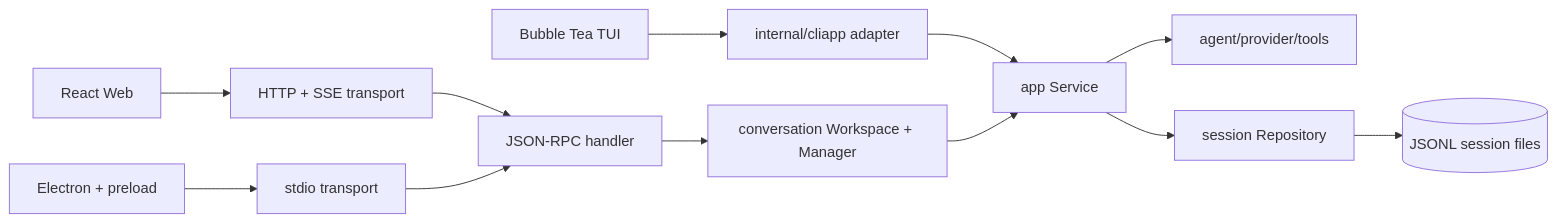
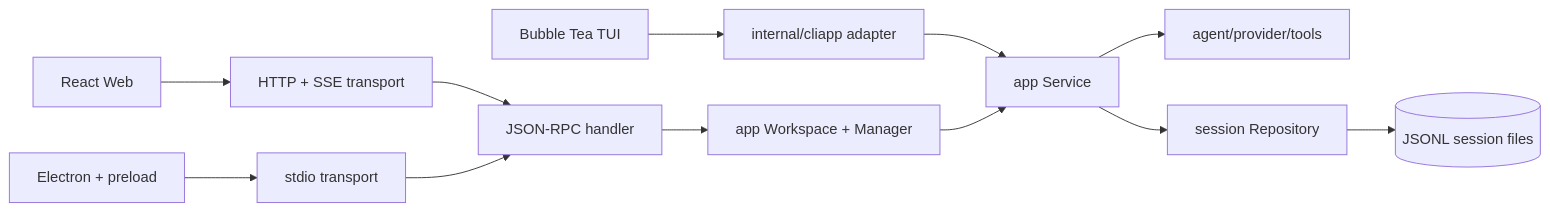
One commit to hszjj221/gg changed the diagram in docs/architecture.md. Above: the diagram before and after it, drawn with Mermaid. The commit also changed other lines of this file and 22 other files, not shown here.

````diff
--- a/docs/architecture.md
+++ b/docs/architecture.md
@@ -5,14 +5,14 @@
 ```mermaid
 flowchart LR
     TUI[Bubble Tea TUI] --> CLIAPP[internal/cliapp adapter]
     WEB[React Web] --> HTTP[HTTP + SSE transport]
     DESKTOP[Electron + preload] --> STDIO[stdio transport]
     CLIAPP --> CORE[app Service]
     HTTP --> RPC[JSON-RPC handler]
     STDIO --> RPC
-    RPC --> WORKSPACE[conversation Workspace + Manager]
+    RPC --> WORKSPACE[app Workspace + Manager]
     WORKSPACE --> CORE
     CORE --> AGENT[agent/provider/tools]
     CORE --> REPO[session Repository]
     REPO --> JSONL[(JSONL session files)]
 ```
````
